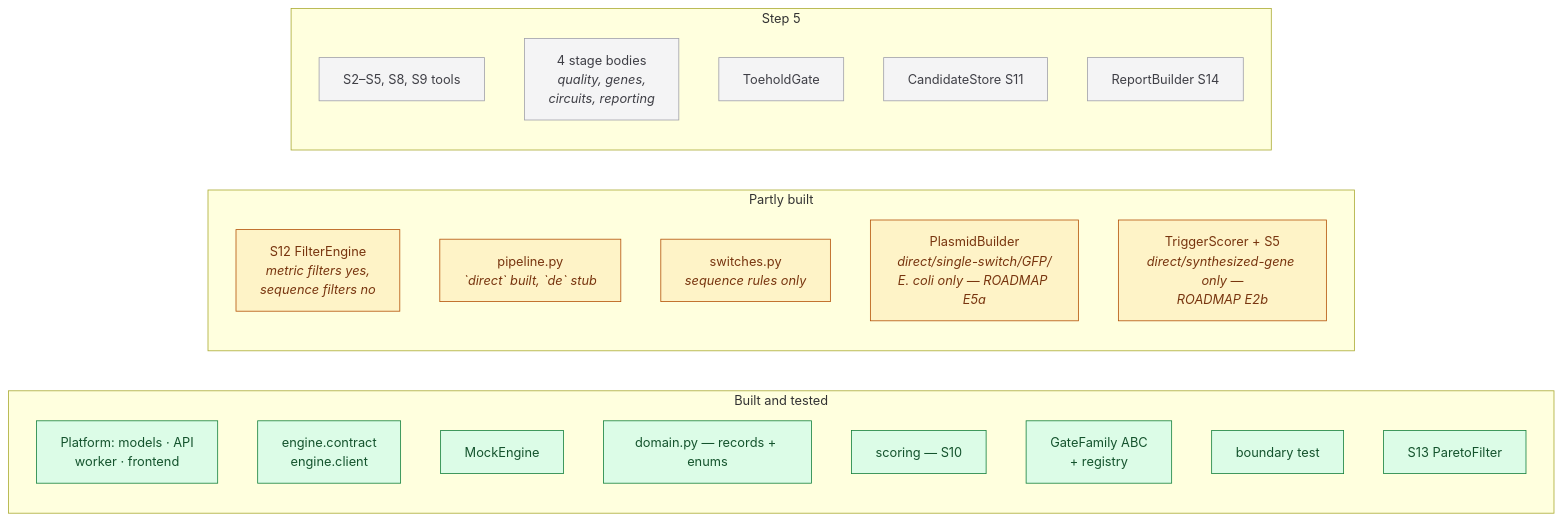
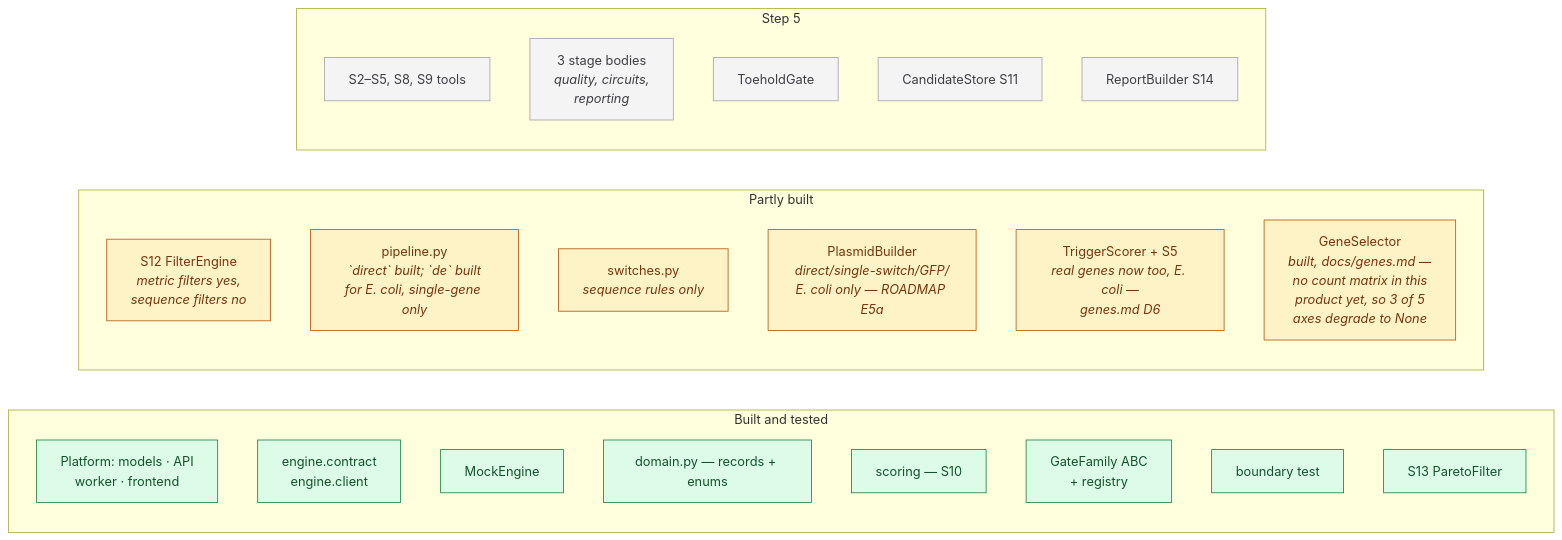
One commit to zivbental/cernal_software changed the sixth of 6 diagrams in docs/engine.md. Above: the diagram before and after it, drawn with Mermaid. The commit also changed other lines of this file and 14 other files, not shown here.

````diff
--- a/docs/engine.md
+++ b/docs/engine.md
@@ -1121,36 +1121,37 @@
 ```mermaid
 flowchart LR
     subgraph done["Built and tested"]
         D1["Platform: models · API<br/>worker · frontend"]
         D2["engine.contract<br/>engine.client"]
         D3["MockEngine"]
         D4["domain.py — records + enums"]
         D5["scoring — S10"]
         D6["GateFamily ABC<br/>+ registry"]
         D7["boundary test"]
         D8["S13 ParetoFilter"]
     end
 
     subgraph partial["Partly built"]
         P1["S12 FilterEngine<br/><i>metric filters yes,<br/>sequence filters no</i>"]
-        P2["pipeline.py<br/><i>`direct` built, `de` stub</i>"]
+        P2["pipeline.py<br/><i>`direct` built; `de` built<br/>for E. coli, single-gene only</i>"]
         P3["switches.py<br/><i>sequence rules only</i>"]
         P4["PlasmidBuilder<br/><i>direct/single-switch/GFP/<br/>E. coli only — ROADMAP E5a</i>"]
-        P5["TriggerScorer + S5<br/><i>direct/synthesized-gene only —<br/>ROADMAP E2b</i>"]
+        P5["TriggerScorer + S5<br/><i>real genes now too, E. coli —<br/>genes.md D6</i>"]
+        P6["GeneSelector<br/><i>built, docs/genes.md —<br/>no count matrix in this<br/>product yet, so 3 of 5<br/>axes degrade to None</i>"]
     end
 
     subgraph todo["Step 5"]
         T1["S2–S5, S8, S9 tools"]
-        T2["4 stage bodies<br/><i>quality, genes,<br/>circuits, reporting</i>"]
+        T2["3 stage bodies<br/><i>quality, circuits,<br/>reporting</i>"]
         T3["ToeholdGate"]
         T4["CandidateStore S11"]
         T5["ReportBuilder S14"]
     end
 
     classDef built fill:#dcfce7,stroke:#15803d,color:#14532d
     classDef part fill:#fef3c7,stroke:#b45309,color:#78350f
     classDef todo2 fill:#f4f4f5,stroke:#a1a1aa,color:#3f3f46
     class D1,D2,D3,D4,D5,D6,D7,D8 built
-    class P1,P2,P3,P4,P5 part
+    class P1,P2,P3,P4,P5,P6 part
     class T1,T2,T3,T4,T5 todo2
 ```
````
